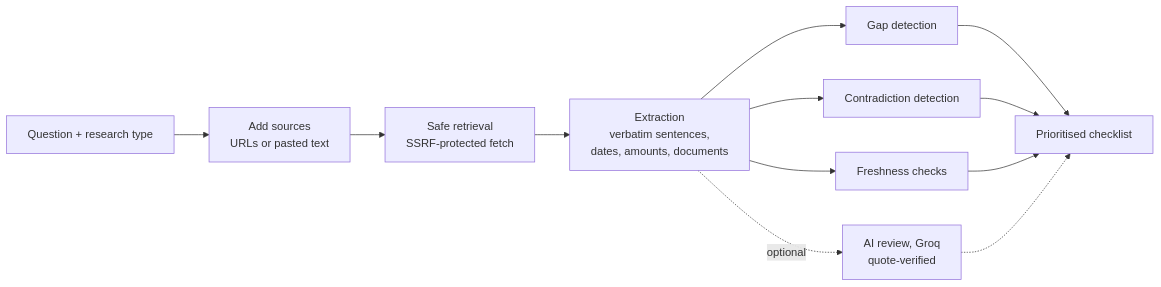
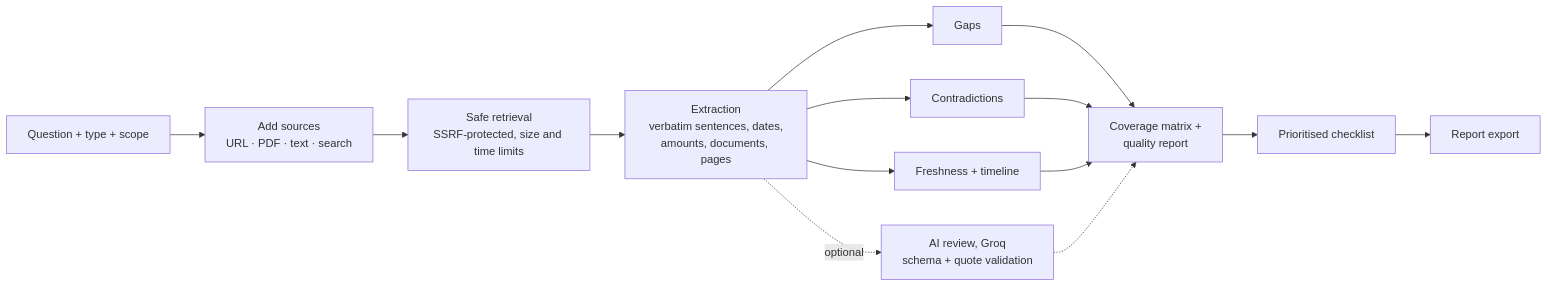
The first of 2 diagrams in README.md (RiteshKumar2e/DIGITAL-DARK-SPOT), drawn with Mermaid before and after one commit. The commit also changed other lines of this file and 1 other file, not shown here.

````diff
--- a/README.md
+++ b/README.md
@@ -107,12 +108,14 @@
 ```mermaid
 flowchart LR
-    A[Question + research type] --> B[Add sources<br/>URLs or pasted text]
-    B --> C[Safe retrieval<br/>SSRF-protected fetch]
-    C --> D[Extraction<br/>verbatim sentences,<br/>dates, amounts, documents]
-    D --> E[Gap detection]
-    D --> F[Contradiction detection]
-    D --> G[Freshness checks]
-    E & F & G --> H[Prioritised checklist]
-    D -. optional .-> I[AI review, Groq<br/>quote-verified]
-    I -.-> H
+    A[Question + type + scope] --> B[Add sources<br/>URL · PDF · text · search]
+    B --> C[Safe retrieval<br/>SSRF-protected, size and time limits]
+    C --> D[Extraction<br/>verbatim sentences, dates,<br/>amounts, documents, pages]
+    D --> E[Gaps]
+    D --> F[Contradictions]
+    D --> G[Freshness + timeline]
+    E & F & G --> H[Coverage matrix +<br/>quality report]
+    H --> I[Prioritised checklist]
+    I --> J[Report export]
+    D -. optional .-> K[AI review, Groq<br/>schema + quote validation]
+    K -.-> H
 ```
````
